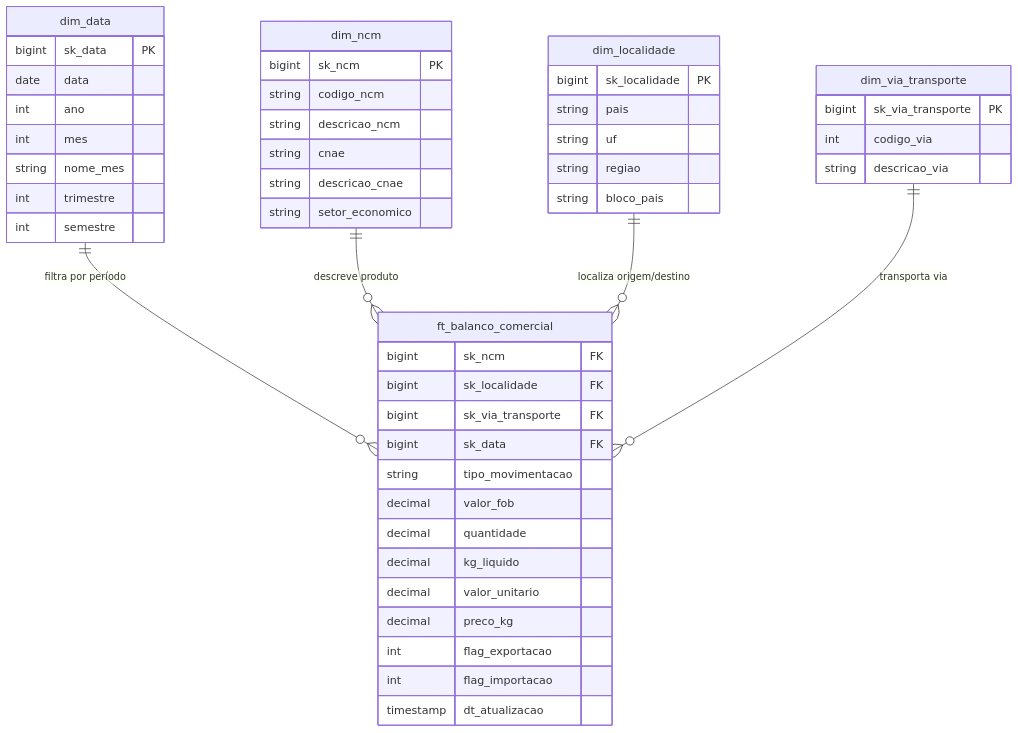
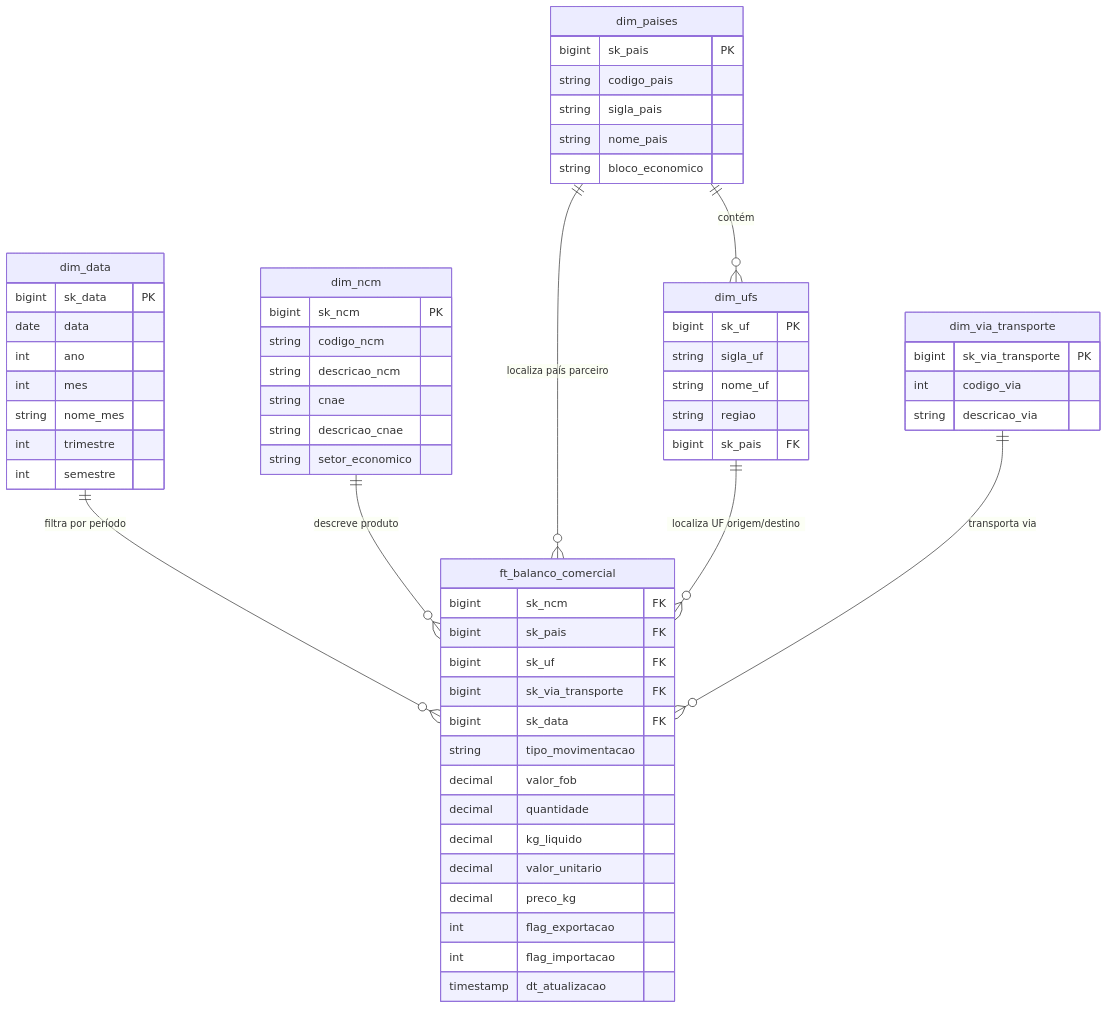
One commit to devdiasbr/databricks-challenge changed the first of 2 diagrams in docs/manual/04_arquitetura_detalhada.md. Above: the diagram before and after it, drawn with Mermaid. The commit also changed other lines of this file and 2 other files, not shown here.

Commit message:
feat: Atualização camada Gold e Docs (dim_localidade -> dim_paises/ufs)

````diff
--- a/docs/manual/04_arquitetura_detalhada.md
+++ b/docs/manual/04_arquitetura_detalhada.md
@@ -57,56 +58,67 @@
 ```mermaid
 erDiagram
     ft_balanco_comercial {
         bigint sk_ncm FK
-        bigint sk_localidade FK
+        bigint sk_pais FK
+        bigint sk_uf FK
         bigint sk_via_transporte FK
         bigint sk_data FK
         string tipo_movimentacao
         decimal valor_fob
         decimal quantidade
         decimal kg_liquido
         decimal valor_unitario
         decimal preco_kg
         int flag_exportacao
         int flag_importacao
         timestamp dt_atualizacao
     }
 
     dim_data {
         bigint sk_data PK
         date data
         int ano
         int mes
         string nome_mes
         int trimestre
         int semestre
     }
 
     dim_ncm {
         bigint sk_ncm PK
         string codigo_ncm
         string descricao_ncm
         string cnae
         string descricao_cnae
         string setor_economico
     }
 
-    dim_localidade {
-        bigint sk_localidade PK
-        string pais
-        string uf
+    dim_paises {
+        bigint sk_pais PK
+        string codigo_pais
+        string sigla_pais
+        string nome_pais
+        string bloco_economico
+    }
+
+    dim_ufs {
+        bigint sk_uf PK
+        string sigla_uf
+        string nome_uf
         string regiao
-        string bloco_pais
+        bigint sk_pais FK
     }
 
     dim_via_transporte {
         bigint sk_via_transporte PK
         int codigo_via
         string descricao_via
     }
 
     dim_data ||--o{ ft_balanco_comercial : "filtra por período"
     dim_ncm ||--o{ ft_balanco_comercial : "descreve produto"
-    dim_localidade ||--o{ ft_balanco_comercial : "localiza origem/destino"
+    dim_paises ||--o{ ft_balanco_comercial : "localiza país parceiro"
+    dim_ufs ||--o{ ft_balanco_comercial : "localiza UF origem/destino"
     dim_via_transporte ||--o{ ft_balanco_comercial : "transporta via"
+    dim_paises ||--o{ dim_ufs : "contém"
 ```
````
